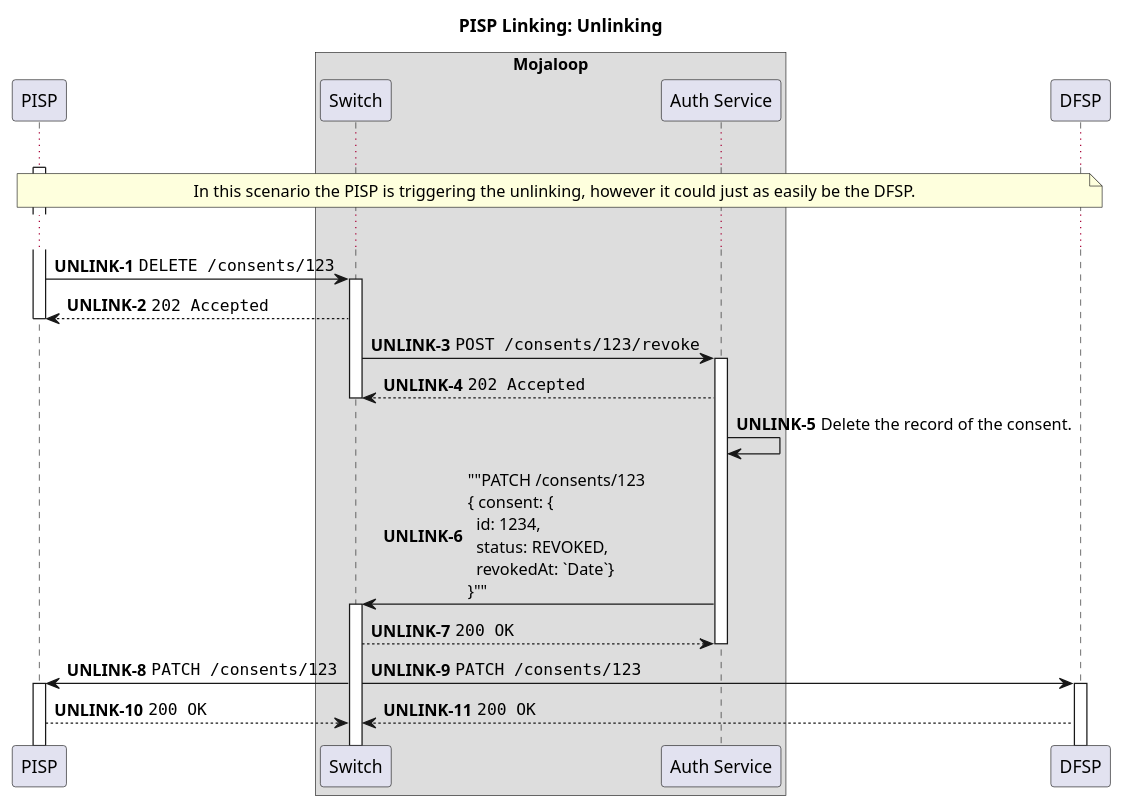
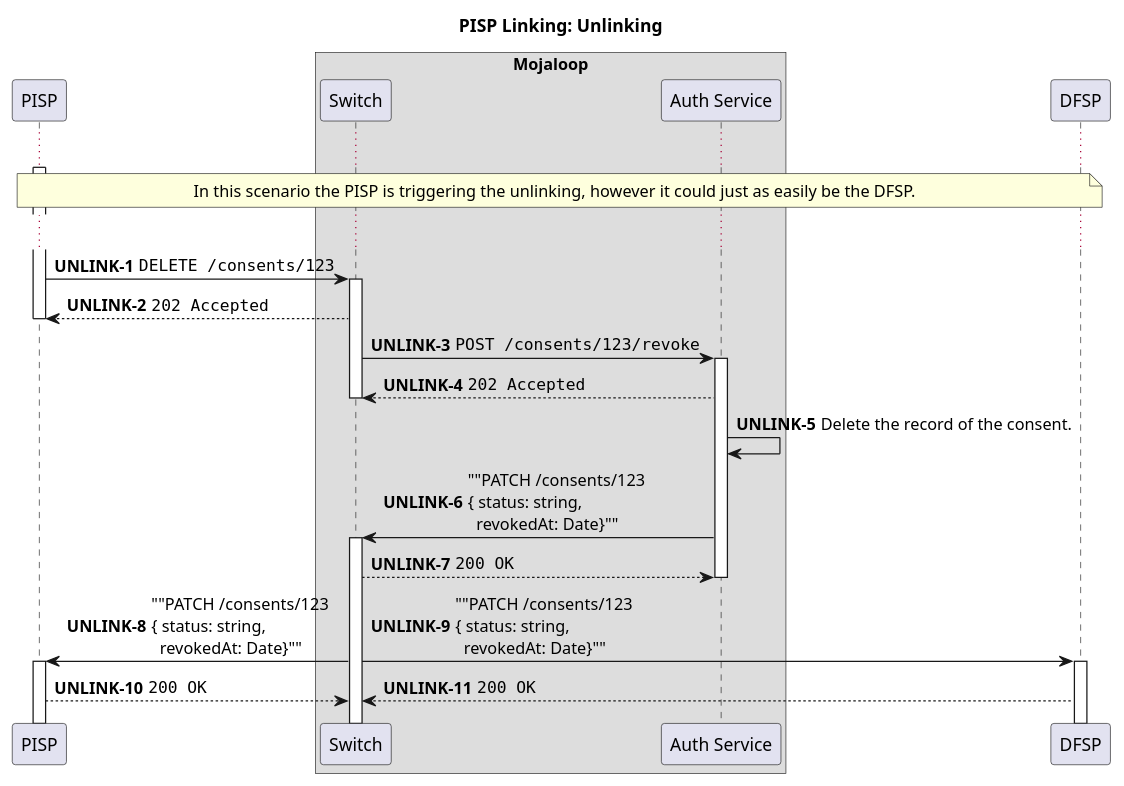
The diagram in docs/linking/unlinking.puml (mojaloop/pisp-project), drawn with PlantUML before and after one commit.

```diff
--- a/docs/linking/unlinking.puml
+++ b/docs/linking/unlinking.puml
@@ -1,51 +1,51 @@
 @startuml
 
 !pragma teoz true
 
 title PISP Linking: Unlinking
 
 participant "PISP" as PISP
 
 box "Mojaloop"
     participant Switch
     participant "Auth Service" as Auth
 end box
 
 participant "DFSP" as DFSP
 
 autonumber 1 "<b>UNLINK-#</b>"
 
 activate PISP
 
 ...
 
 note over PISP, DFSP
   In this scenario the PISP is triggering the unlinking, however it could just as easily be the DFSP.
 end note
 
 ...
 
 PISP -> Switch ++: ""DELETE /consents/123""
 Switch --> PISP: ""202 Accepted""
 deactivate PISP
 
 ' TODO: Do we include the ALS lookup here to figure out which Auth service is
 ' responsible for the given Consent?
 
 Switch -> Auth ++:  ""POST /consents/123/revoke""
 Auth --> Switch: ""202 Accepted""
 deactivate Switch
 
 Auth -> Auth: Delete the record of the consent.
 
-Auth -> Switch ++: ""PATCH /consents/123 \n{ consent: {\n  id: 1234,\n  status: REVOKED,\n  revokedAt: `Date`}\n}""
+Auth -> Switch ++: ""PATCH /consents/123 \n{ status: string,\n  revokedAt: Date}""
 Switch --> Auth: ""200 OK""
 deactivate Auth
 
-Switch -> PISP ++: ""PATCH /consents/123""
-& Switch -> DFSP ++: ""PATCH /consents/123""
+Switch -> PISP ++: ""PATCH /consents/123 \n{ status: string,\n  revokedAt: Date}""
+& Switch -> DFSP ++: ""PATCH /consents/123 \n{ status: string,\n  revokedAt: Date}""
 
 PISP --> Switch: ""200 OK""
 & DFSP --> Switch: ""200 OK""
 
 @enduml
```
